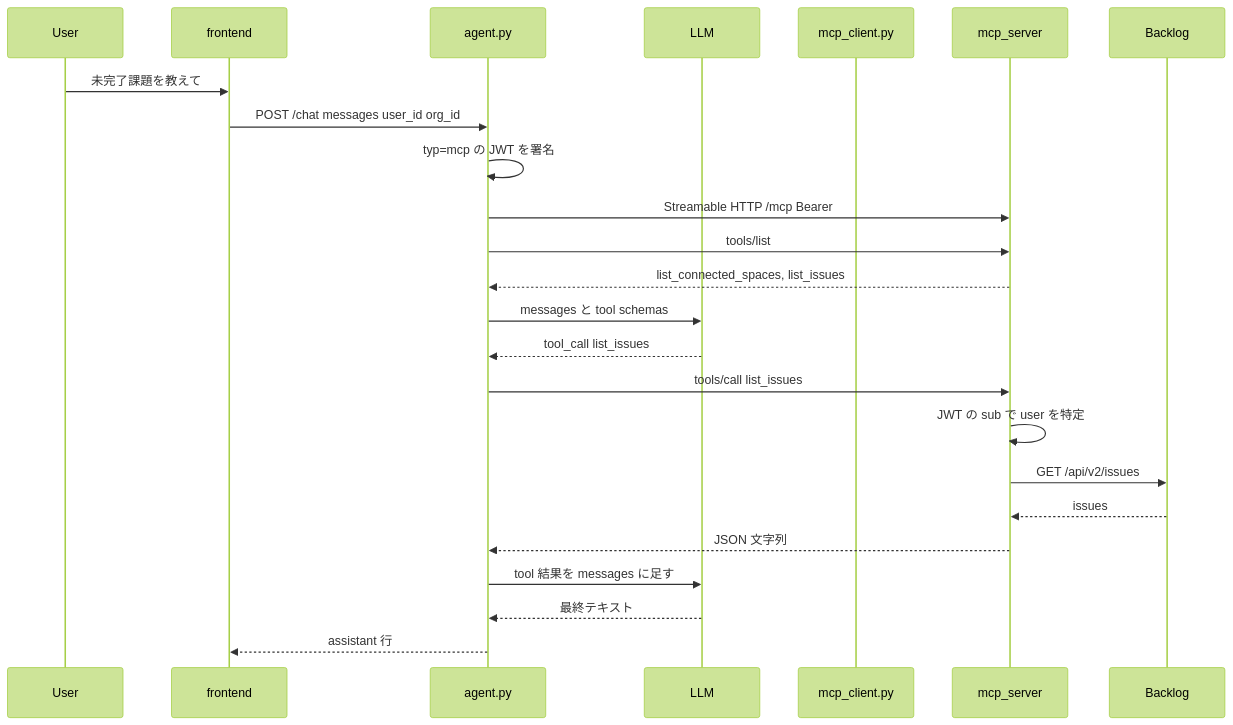
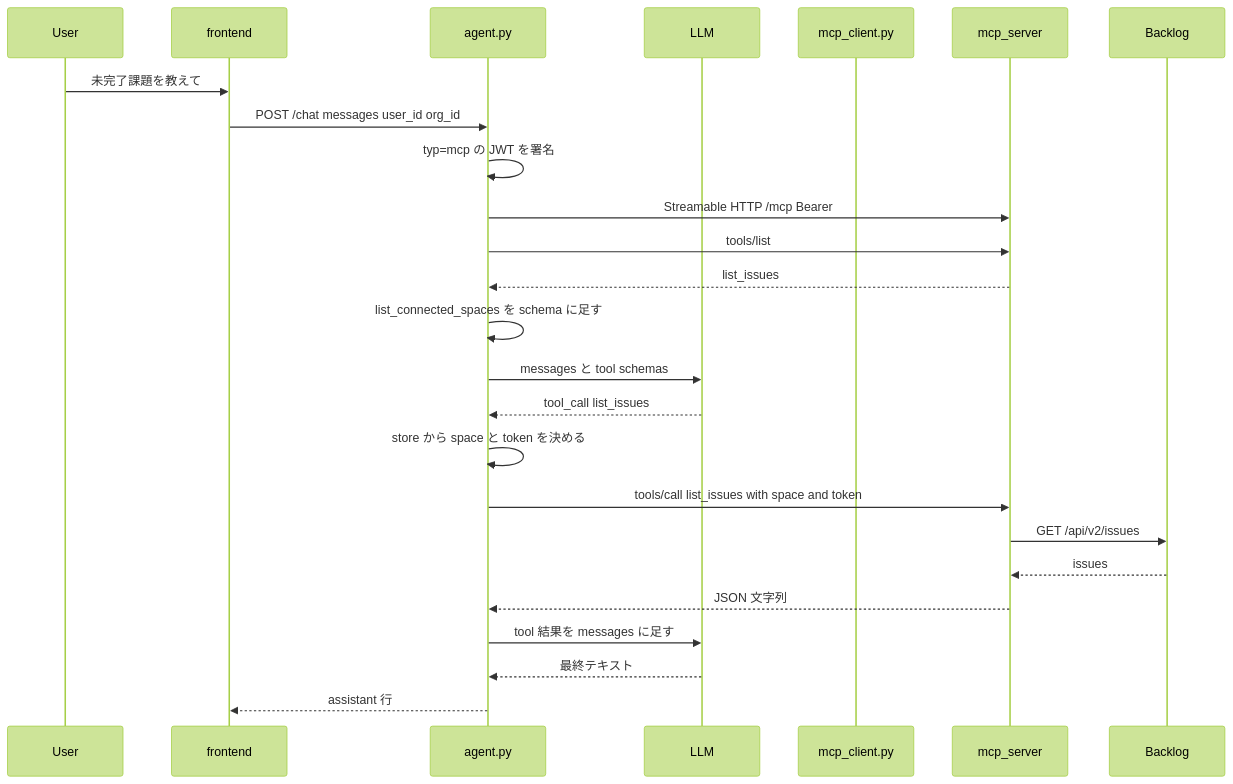
One commit to haru-256/backlog-mcp-sandbox changed the fourth of 4 diagrams in v3/README.md. Above: the diagram before and after it, drawn with Mermaid (forest theme). The commit also changed other lines of this file and 39 other files, not shown here.

First line of the commit message:
Move Backlog OAuth and token storage from MCP onto the Host.

````diff
--- a/v3/README.md
+++ b/v3/README.md
@@ -193,27 +189,28 @@
 ```mermaid
 sequenceDiagram
   participant User
   participant FE as frontend
   participant Host as agent.py
   participant LLM
   participant Client as mcp_client.py
   participant MCP as mcp_server
   participant Backlog
 
   User->>FE: 未完了課題を教えて
   FE->>Host: POST /chat messages user_id org_id
   Host->>Host: typ=mcp の JWT を署名
   Host->>MCP: Streamable HTTP /mcp Bearer
   Host->>MCP: tools/list
-  MCP-->>Host: list_connected_spaces, list_issues
+  MCP-->>Host: list_issues
+  Host->>Host: list_connected_spaces を schema に足す
   Host->>LLM: messages と tool schemas
   LLM-->>Host: tool_call list_issues
-  Host->>MCP: tools/call list_issues
-  MCP->>MCP: JWT の sub で user を特定
+  Host->>Host: store から space と token を決める
+  Host->>MCP: tools/call list_issues with space and token
   MCP->>Backlog: GET /api/v2/issues
   Backlog-->>MCP: issues
   MCP-->>Host: JSON 文字列
   Host->>LLM: tool 結果を messages に足す
   LLM-->>Host: 最終テキスト
   Host-->>FE: assistant 行
 ```
````
